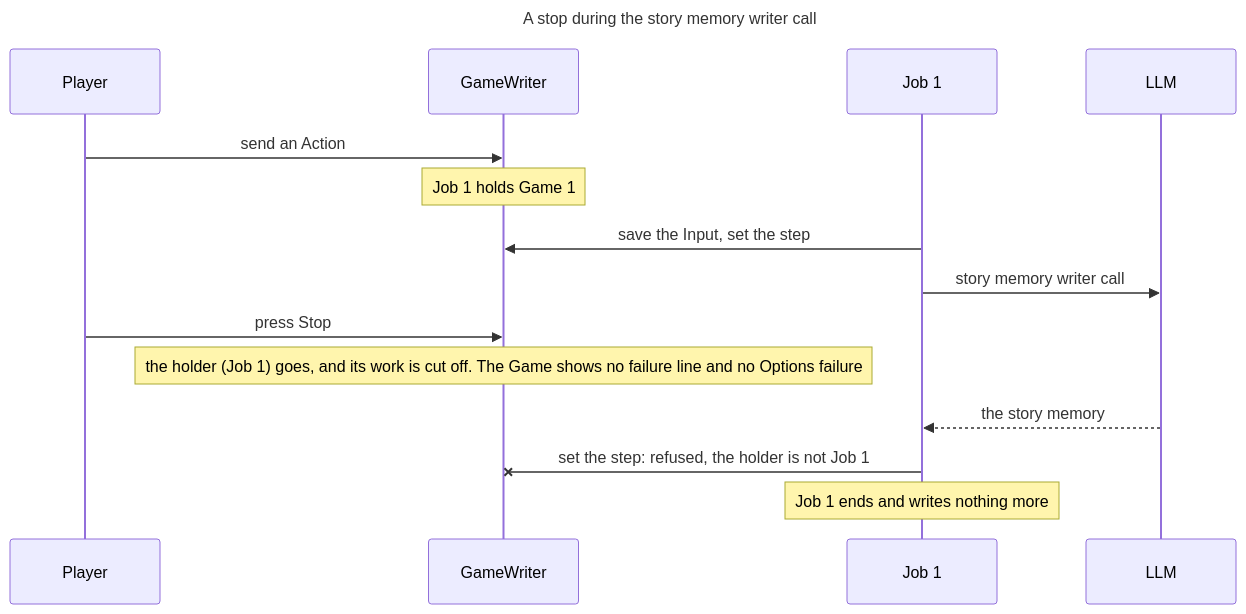
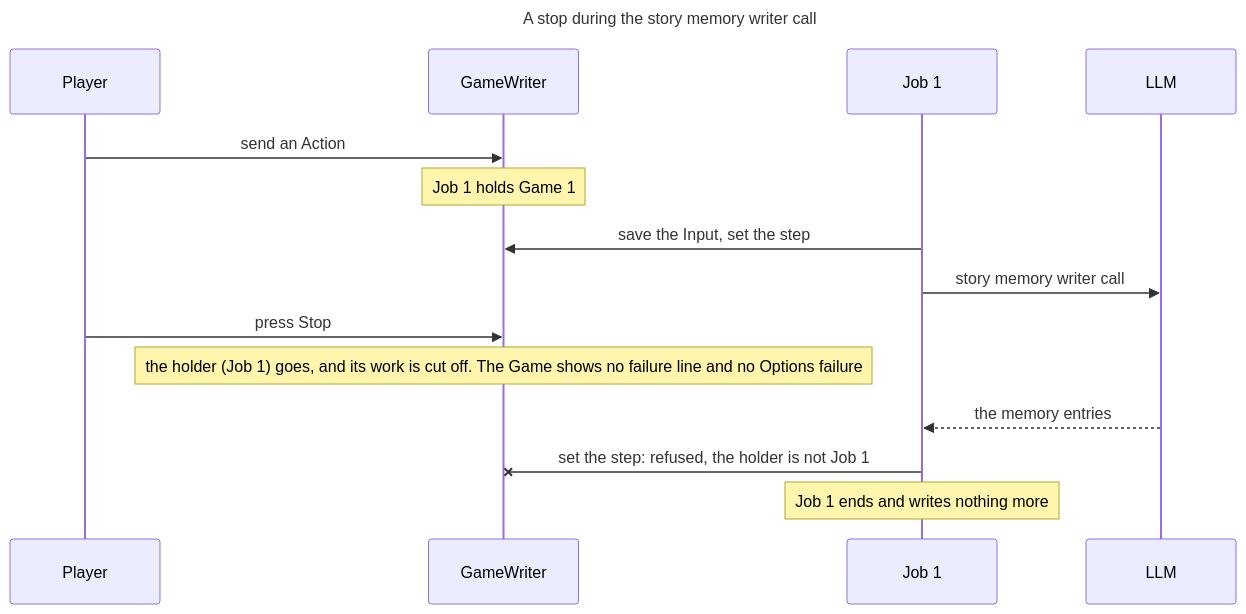
The diagram in docs/diataxis/reference/diagrams/stop_during_the_story_memory_writer_call.md (notsonormal/chronicler-engine), drawn with Mermaid before and after one commit. The commit also changed other lines of this file and 90 other files, not shown here.

First line of the commit message:
Build the memory entries (ticket 17)

````diff
--- a/docs/diataxis/reference/diagrams/stop_during_the_story_memory_writer_call.md
+++ b/docs/diataxis/reference/diagrams/stop_during_the_story_memory_writer_call.md
@@ -10,19 +10,19 @@
 ```mermaid
 ---
 title: "A stop during the story memory writer call"
 ---
 sequenceDiagram
   participant You as Player
   participant G as GameWriter
   participant J1 as Job 1
   participant L as LLM
   You->>G: send an Action
   Note over G: Job 1 holds Game 1
   J1->>G: save the Input, set the step
   J1->>L: story memory writer call
   You->>G: press Stop
   Note over G: the holder (Job 1) goes, and its work is cut off. The Game shows no failure line and no Options failure
-  L-->>J1: the story memory
+  L-->>J1: the memory entries
   J1-xG: set the step: refused, the holder is not Job 1
   Note over J1: Job 1 ends and writes nothing more
 ```
````
